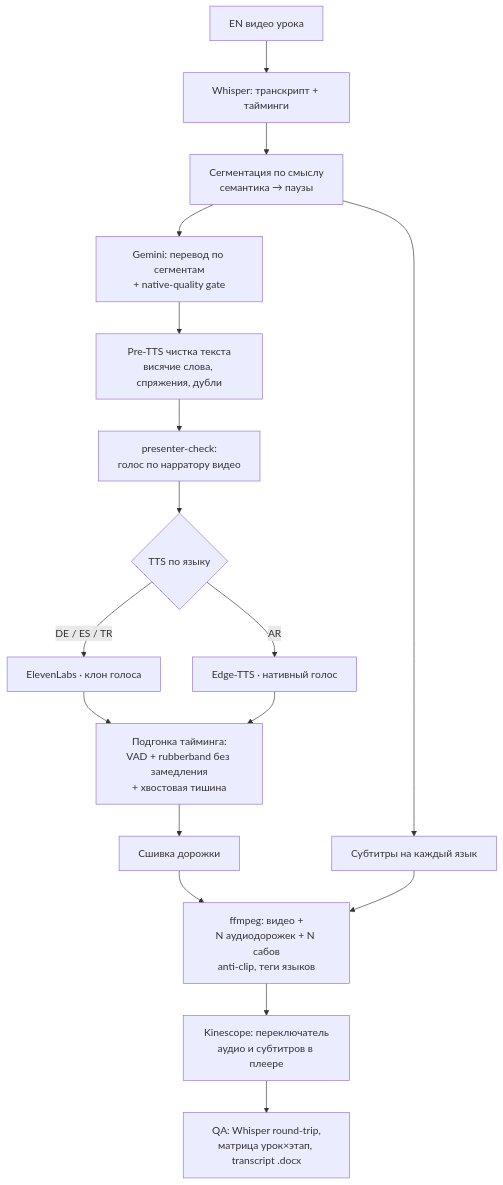
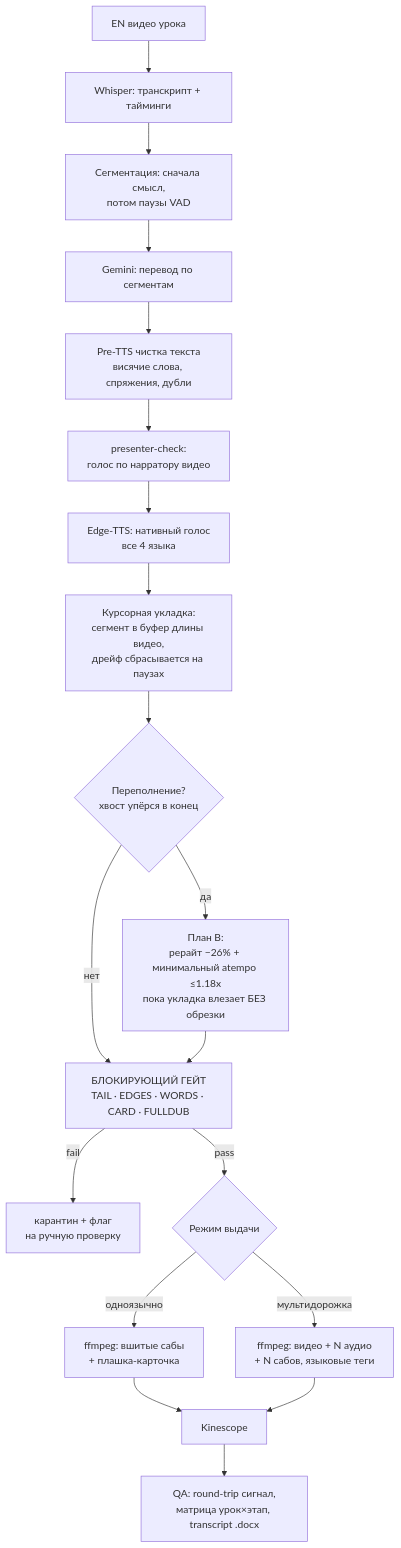
Before and after one commit to olgageliskhanova/automation-cases: the diagram in 08-course-dubbing/README.md, drawn with Mermaid. The commit also changed other lines of this file, not shown here.

````diff
--- a/08-course-dubbing/README.md
+++ b/08-course-dubbing/README.md
@@ -26,19 +34,21 @@
 ```mermaid
 flowchart TB
   SRC[EN видео урока] --> ASR[Whisper: транскрипт + тайминги]
-  ASR --> SEG[Сегментация по смыслу<br/>семантика → паузы]
-  SEG --> TR[Gemini: перевод по сегментам<br/>+ native-quality gate]
-  TR --> GATE[Pre-TTS чистка текста<br/>висячие слова, спряжения, дубли]
-  GATE --> VOICE[presenter-check:<br/>голос по нарратору видео]
-  VOICE --> TTS{TTS по языку}
-  TTS -->|DE / ES / TR| EL[ElevenLabs · клон голоса]
-  TTS -->|AR| EDGE[Edge-TTS · нативный голос]
-  EL --> FIT[Подгонка тайминга:<br/>VAD + rubberband без замедления<br/>+ хвостовая тишина]
-  EDGE --> FIT
-  FIT --> STITCH[Сшивка дорожки]
-  SEG --> SUBS[Субтитры на каждый язык]
-  STITCH --> MUX[ffmpeg: видео +<br/>N аудиодорожек + N сабов<br/>anti-clip, теги языков]
-  SUBS --> MUX
-  MUX --> KIN[Kinescope: переключатель<br/>аудио и субтитров в плеере]
-  KIN --> QA[QA: Whisper round-trip,<br/>матрица урок×этап, transcript .docx]
+  ASR --> SEG[Сегментация: сначала смысл,<br/>потом паузы VAD]
+  SEG --> TR[Gemini: перевод по сегментам]
+  TR --> CLEAN[Pre-TTS чистка текста<br/>висячие слова, спряжения, дубли]
+  CLEAN --> VOICE[presenter-check:<br/>голос по нарратору видео]
+  VOICE --> TTS[Edge-TTS: нативный голос<br/>все 4 языка]
+  TTS --> CURSOR[Курсорная укладка:<br/>сегмент в буфер длины видео,<br/>дрейф сбрасывается на паузах]
+  CURSOR --> OVF{Переполнение?<br/>хвост упёрся в конец}
+  OVF -->|да| PLANB[План B:<br/>рерайт −26% + минимальный atempo ≤1.18x<br/>пока укладка влезает БЕЗ обрезки]
+  OVF -->|нет| GATE
+  PLANB --> GATE[БЛОКИРУЮЩИЙ ГЕЙТ<br/>TAIL · EDGES · WORDS · CARD · FULLDUB]
+  GATE -->|fail| QUAR[карантин + флаг<br/>на ручную проверку]
+  GATE -->|pass| OUT{Режим выдачи}
+  OUT -->|одноязычно| BURN[ffmpeg: вшитые сабы<br/>+ плашка-карточка]
+  OUT -->|мультидорожка| MUX[ffmpeg: видео + N аудио<br/>+ N сабов, языковые теги]
+  BURN --> KIN[Kinescope]
+  MUX --> KIN
+  KIN --> QA[QA: round-trip сигнал,<br/>матрица урок×этап, transcript .docx]
 ```
````
